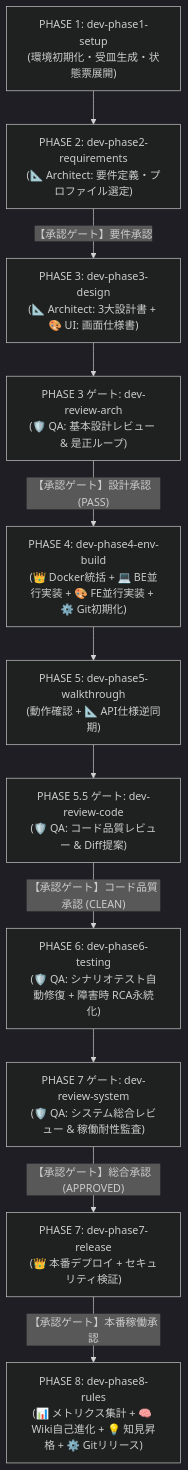
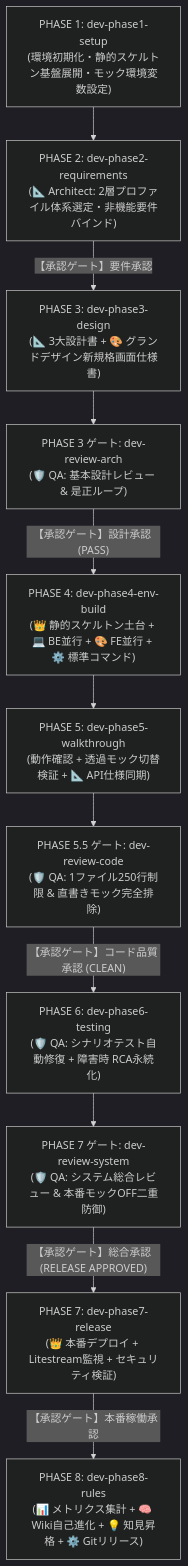
The second of 3 diagrams in README.md (LeoPanda/template), drawn with Mermaid (dark theme) before and after one commit. The commit also changed other lines of this file and 206 other files, not shown here.

````diff
--- a/README.md
+++ b/README.md
@@ -209,13 +241,13 @@
 ```mermaid
 flowchart TD
-    P1["PHASE 1: dev-phase1-setup\n(環境初期化・受皿生成・状態票展開)"] --> P2["PHASE 2: dev-phase2-requirements\n(📐 Architect: 要件定義・プロファイル選定)"]
-    P2 -->|"【承認ゲート】要件承認"| P3["PHASE 3: dev-phase3-design\n(📐 Architect: 3大設計書 + 🎨 UI: 画面仕様書)"]
+    P1["PHASE 1: dev-phase1-setup\n(環境初期化・静的スケルトン基盤展開・モック環境変数設定)"] --> P2["PHASE 2: dev-phase2-requirements\n(📐 Architect: 2層プロファイル体系選定・非機能要件バインド)"]
+    P2 -->|"【承認ゲート】要件承認"| P3["PHASE 3: dev-phase3-design\n(📐 3大設計書 + 🎨 グランドデザイン新規格画面仕様書)"]
     P3 --> R3["PHASE 3 ゲート: dev-review-arch\n(🛡️ QA: 基本設計レビュー & 是正ループ)"]
-    R3 -->|"【承認ゲート】設計承認 (PASS)"| P4["PHASE 4: dev-phase4-env-build\n(👑 Docker統括 + 💻 BE並行実装 + 🎨 FE並行実装 + ⚙️ Git初期化)"]
-    P4 --> P5["PHASE 5: dev-phase5-walkthrough\n(動作確認 + 📐 API仕様逆同期)"]
-    P5 --> R5["PHASE 5.5 ゲート: dev-review-code\n(🛡️ QA: コード品質レビュー & Diff提案)"]
+    R3 -->|"【承認ゲート】設計承認 (PASS)"| P4["PHASE 4: dev-phase4-env-build\n(👑 静的スケルトン土台 + 💻 BE並行 + 🎨 FE並行 + ⚙️ 標準コマンド)"]
+    P4 --> P5["PHASE 5: dev-phase5-walkthrough\n(動作確認 + 透過モック切替検証 + 📐 API仕様同期)"]
+    P5 --> R5["PHASE 5.5 ゲート: dev-review-code\n(🛡️ QA: 1ファイル250行制限 & 直書きモック完全排除)"]
     R5 -->|"【承認ゲート】コード品質承認 (CLEAN)"| P6["PHASE 6: dev-phase6-testing\n(🛡️ QA: シナリオテスト自動修復 + 障害時 RCA永続化)"]
-    P6 --> R7["PHASE 7 ゲート: dev-review-system\n(🛡️ QA: システム総合レビュー & 稼働耐性監査)"]
-    R7 -->|"【承認ゲート】総合承認 (APPROVED)"| P7["PHASE 7: dev-phase7-release\n(👑 本番デプロイ + セキュリティ検証)"]
+    P6 --> R7["PHASE 7 ゲート: dev-review-system\n(🛡️ QA: システム総合レビュー & 本番モックOFF二重防御)"]
+    R7 -->|"【承認ゲート】総合承認 (RELEASE APPROVED)"| P7["PHASE 7: dev-phase7-release\n(👑 本番デプロイ + Litestream監視 + セキュリティ検証)"]
     P7 -->|"【承認ゲート】本番稼働承認"| P8["PHASE 8: dev-phase8-rules\n(📊 メトリクス集計 + 🧠 Wiki自己進化 + 💡 知見昇格 + ⚙️ Gitリリース)"]
 ```
````
